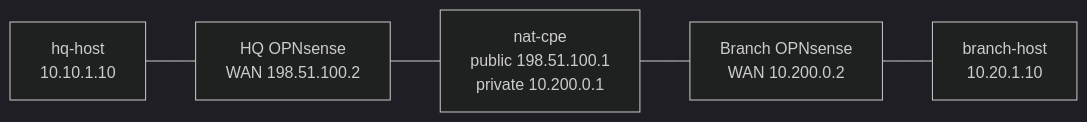
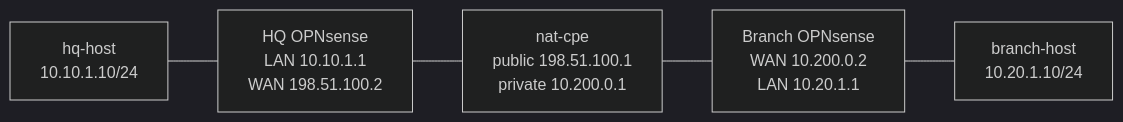
One commit to jschless/networkingLabs changed the diagram in labs/opnsense-ipsec-nat-t/README.md. Above: the diagram before and after it, drawn with Mermaid (dark theme). The commit also changed other lines of this file and 281 other files, not shown here.

````diff
--- a/labs/opnsense-ipsec-nat-t/README.md
+++ b/labs/opnsense-ipsec-nat-t/README.md
@@ -13,7 +31,7 @@
 ```mermaid
 flowchart LR
-    hqhost["hq-host<br/>10.10.1.10"] --- hq["HQ OPNsense<br/>WAN 198.51.100.2"]
+    hqhost["hq-host<br/>10.10.1.10/24"] --- hq["HQ OPNsense<br/>LAN 10.10.1.1<br/>WAN 198.51.100.2"]
     hq --- nat["nat-cpe<br/>public 198.51.100.1<br/>private 10.200.0.1"]
-    nat --- branch["Branch OPNsense<br/>WAN 10.200.0.2"]
-    branch --- branchhost["branch-host<br/>10.20.1.10"]
+    nat --- branch["Branch OPNsense<br/>WAN 10.200.0.2<br/>LAN 10.20.1.1"]
+    branch --- branchhost["branch-host<br/>10.20.1.10/24"]
 ```
````
